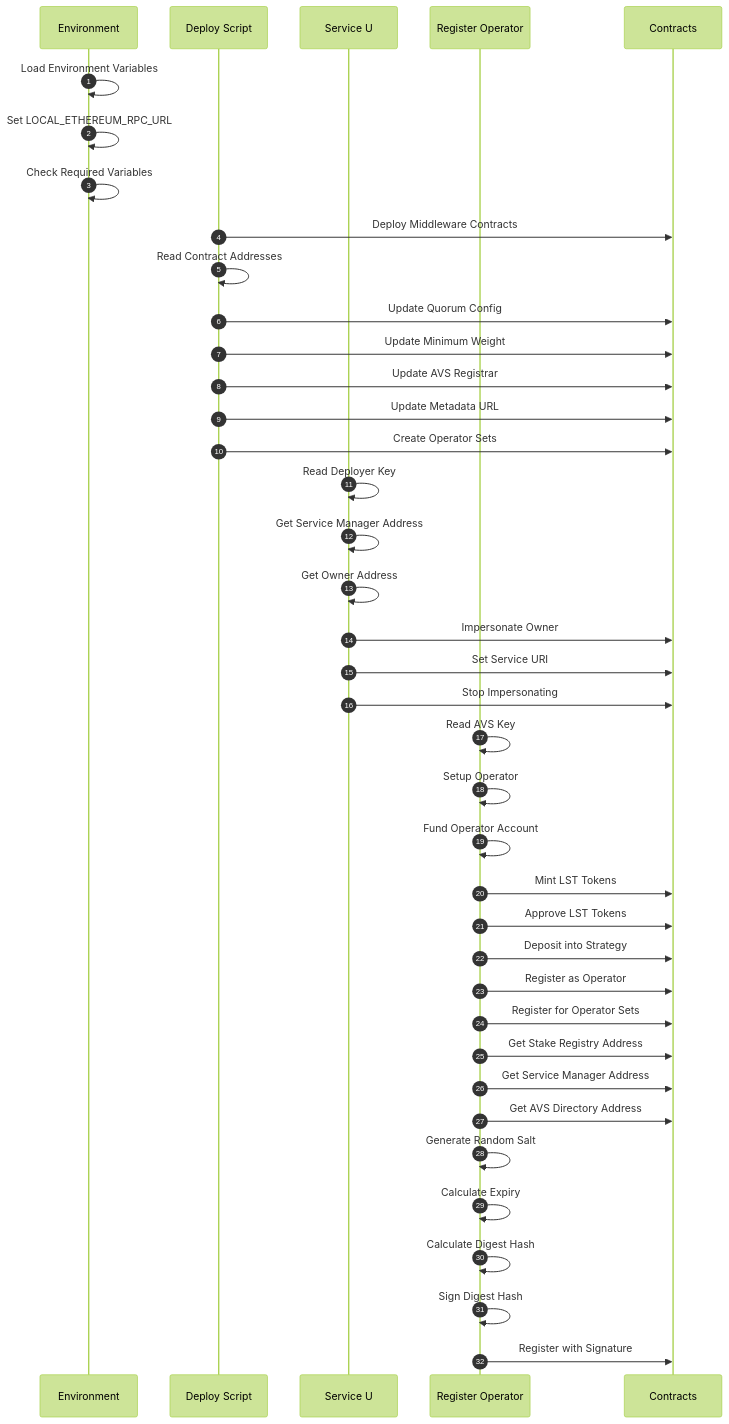
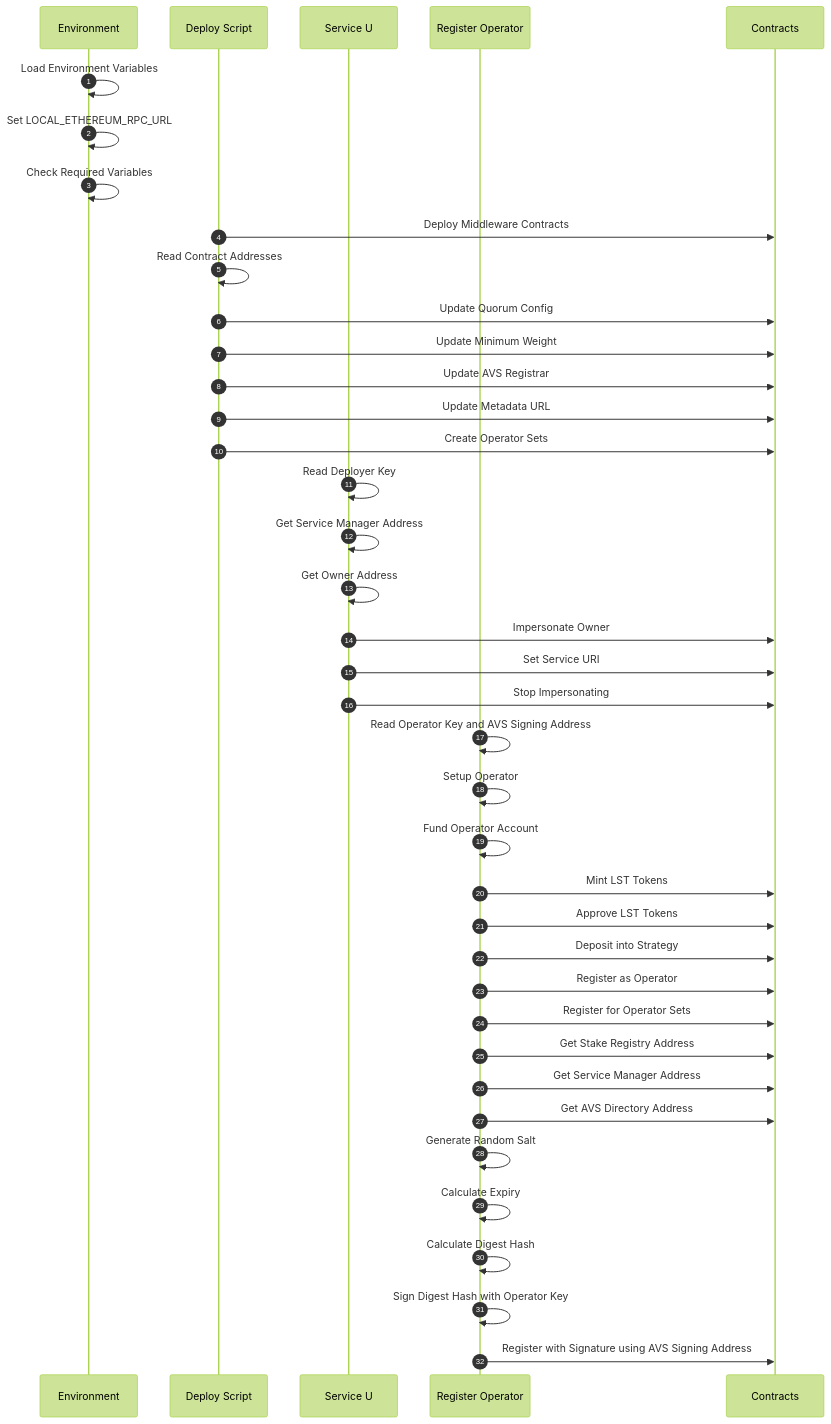
The diagram in README.md (Lay3rLabs/wavs-middleware), drawn with Mermaid (forest theme) before and after one commit. The commit also changed other lines of this file and 1 other file, not shown here.

Commit message:
Register takes operator and signing key separately

````diff
--- a/README.md
+++ b/README.md
@@ -111,45 +120,45 @@
 ```mermaid
 sequenceDiagram
     autonumber
     participant Env as Environment
     participant Deploy as Deploy Script
     participant Service as Service U
     participant Register as Register Operator
     participant Contracts as Contracts
 
     Env->>Env: Load Environment Variables
     Env->>Env: Set LOCAL_ETHEREUM_RPC_URL
     Env->>Env: Check Required Variables
 
     Deploy->>Contracts: Deploy Middleware Contracts
     Deploy->>Deploy: Read Contract Addresses
     Deploy->>Contracts: Update Quorum Config
     Deploy->>Contracts: Update Minimum Weight
     Deploy->>Contracts: Update AVS Registrar
     Deploy->>Contracts: Update Metadata URL
     Deploy->>Contracts: Create Operator Sets
 
     Service->>Service: Read Deployer Key
     Service->>Service: Get Service Manager Address
     Service->>Service: Get Owner Address
     Service->>Contracts: Impersonate Owner
     Service->>Contracts: Set Service URI
     Service->>Contracts: Stop Impersonating
 
-    Register->>Register: Read AVS Key
+    Register->>Register: Read Operator Key and AVS Signing Address
     Register->>Register: Setup Operator
     Register->>Register: Fund Operator Account
     Register->>Contracts: Mint LST Tokens
     Register->>Contracts: Approve LST Tokens
     Register->>Contracts: Deposit into Strategy
     Register->>Contracts: Register as Operator
     Register->>Contracts: Register for Operator Sets
     Register->>Contracts: Get Stake Registry Address
     Register->>Contracts: Get Service Manager Address
     Register->>Contracts: Get AVS Directory Address
     Register->>Register: Generate Random Salt
     Register->>Register: Calculate Expiry
     Register->>Register: Calculate Digest Hash
-    Register->>Register: Sign Digest Hash
-    Register->>Contracts: Register with Signature
+    Register->>Register: Sign Digest Hash with Operator Key
+    Register->>Contracts: Register with Signature using AVS Signing Address
 ```
````
